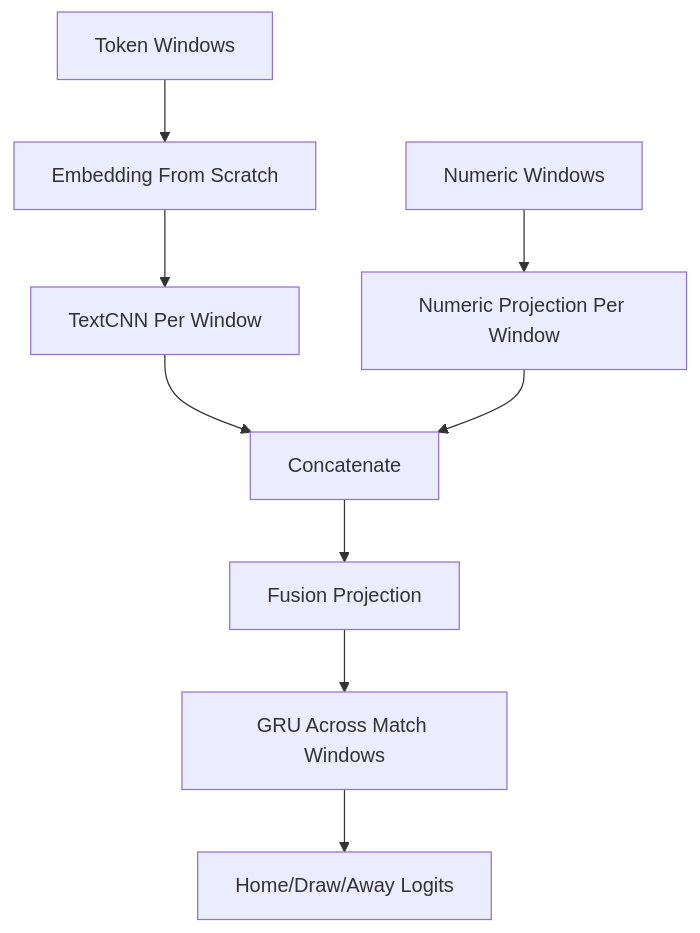
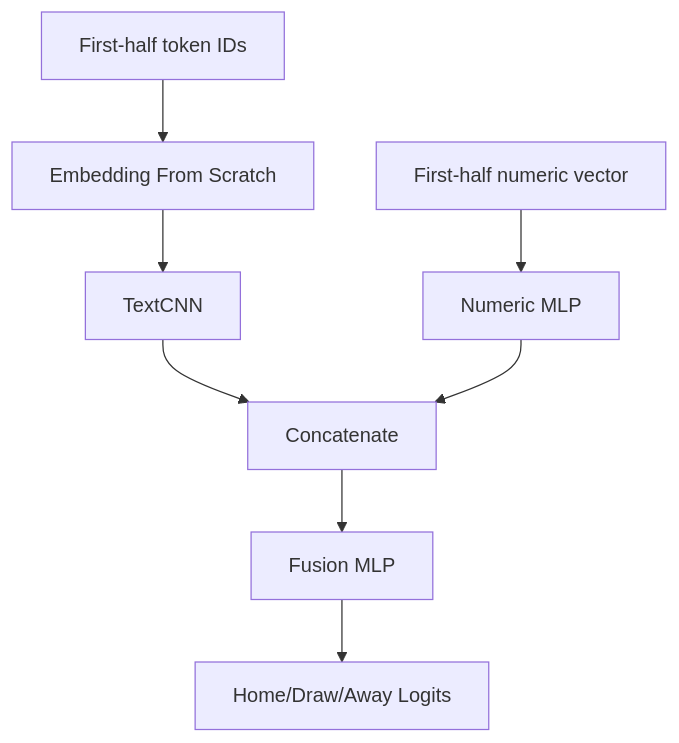
The third of 3 diagrams in docs/architecture.md (oguzhanozkaya/football-inplay-prediction), drawn with Mermaid before and after one commit. The commit also changed other lines of this file and 21 other files, not shown here.

Commit message:
refactor: consolidate pipeline into fig script

````diff
--- a/docs/architecture.md
+++ b/docs/architecture.md
@@ -95,11 +82,10 @@
 ```mermaid
 flowchart TD
-    A[Token Windows] --> B[Embedding From Scratch]
-    B --> C[TextCNN Per Window]
-    D[Numeric Windows] --> E[Numeric Projection Per Window]
+    A[First-half token IDs] --> B[Embedding From Scratch]
+    B --> C[TextCNN]
+    D[First-half numeric vector] --> E[Numeric MLP]
     C --> F[Concatenate]
     E --> F
-    F --> G[Fusion Projection]
-    G --> H[GRU Across Match Windows]
-    H --> I[Home/Draw/Away Logits]
+    F --> G[Fusion MLP]
+    G --> H[Home/Draw/Away Logits]
 ```
````
